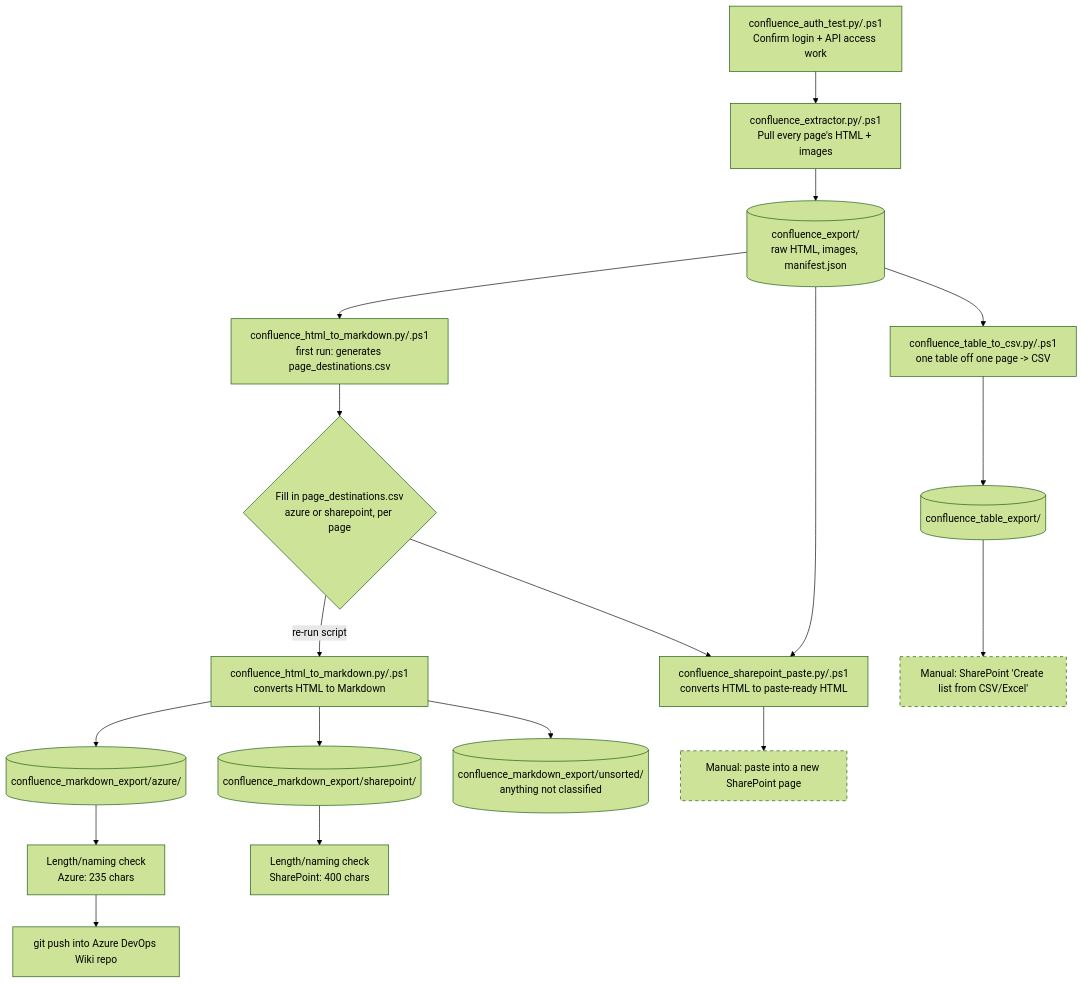
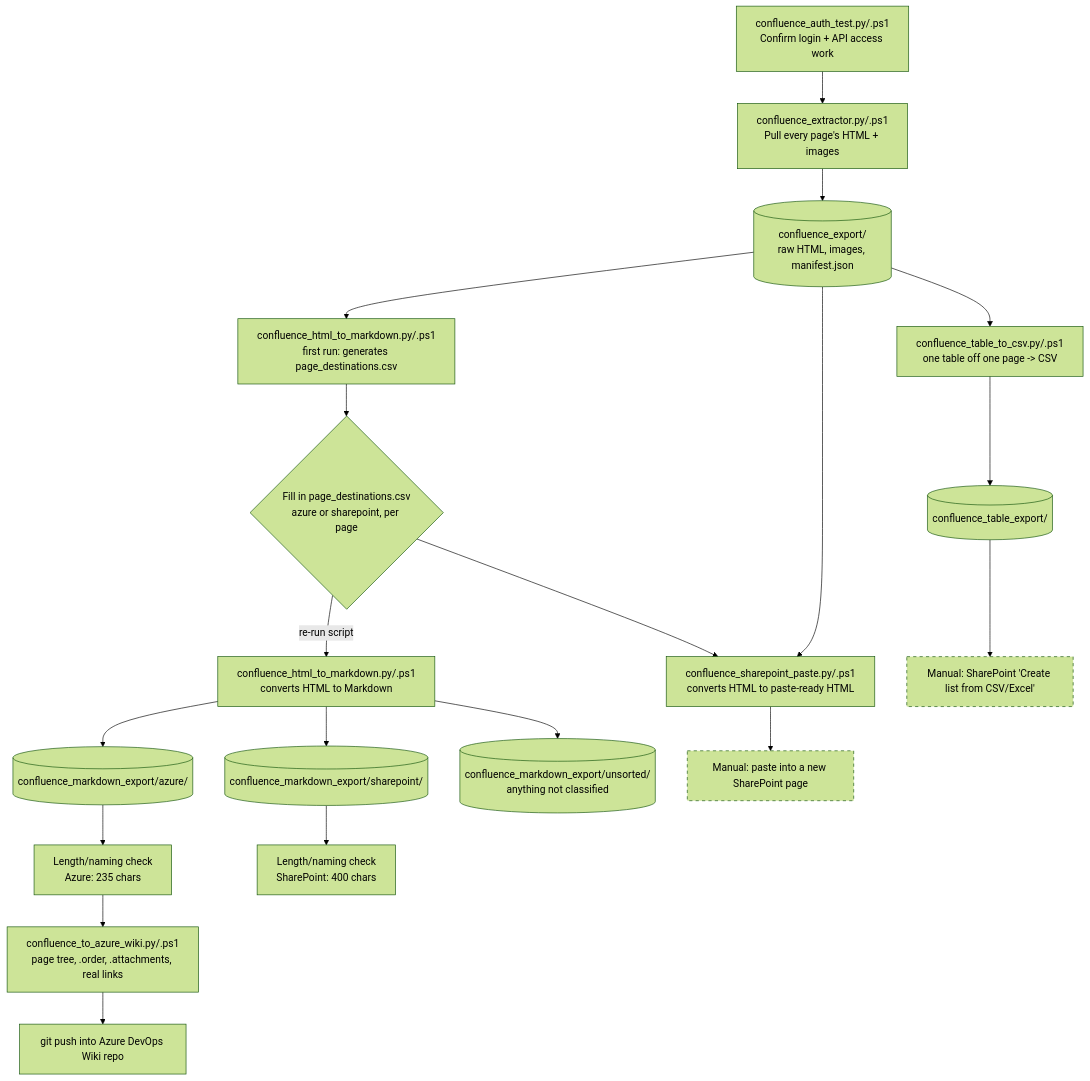
One commit to DCodeAus/AtlassianConfluenceScraping changed the diagram in HowThisWorks.md. Above: the diagram before and after it, drawn with Mermaid (forest theme). The commit also changed other lines of this file and 8 other files, not shown here.

First line of the commit message:
Lay out pages for the Azure DevOps Wiki, and test on Windows PowerShell 5.1

````diff
--- a/HowThisWorks.md
+++ b/HowThisWorks.md
@@ -5,34 +5,35 @@
 ```mermaid
 flowchart TD
     A[confluence_auth_test.py/.ps1<br/>Confirm login + API access work] --> B
 
     B[confluence_extractor.py/.ps1<br/>Pull every page's HTML + images] --> C
 
     C[(confluence_export/<br/>raw HTML, images, manifest.json)] --> D
 
     D[confluence_html_to_markdown.py/.ps1<br/>first run: generates page_destinations.csv] --> E
 
     E{Fill in page_destinations.csv<br/>azure or sharepoint, per page}
 
     E -->|re-run script| F[confluence_html_to_markdown.py/.ps1<br/>converts HTML to Markdown]
 
     F --> G[(confluence_markdown_export/azure/)]
     F --> H[(confluence_markdown_export/sharepoint/)]
     F --> I[(confluence_markdown_export/unsorted/<br/>anything not classified)]
 
     G --> J[Length/naming check<br/>Azure: 235 chars]
     H --> K[Length/naming check<br/>SharePoint: 400 chars]
 
-    J --> L[git push into Azure DevOps Wiki repo]
+    J --> W[confluence_to_azure_wiki.py/.ps1<br/>page tree, .order, .attachments, real links]
+    W --> L[git push into Azure DevOps Wiki repo]
 
     C --> N[confluence_sharepoint_paste.py/.ps1<br/>converts HTML to paste-ready HTML]
     E --> N
     N --> M[Manual: paste into a new SharePoint page]
 
     C --> O[confluence_table_to_csv.py/.ps1<br/>one table off one page -> CSV]
     O --> P[(confluence_table_export/)]
     P --> Q[Manual: SharePoint 'Create list from CSV/Excel']
 
     style M stroke-dasharray: 5 5
     style Q stroke-dasharray: 5 5
 ```
````
